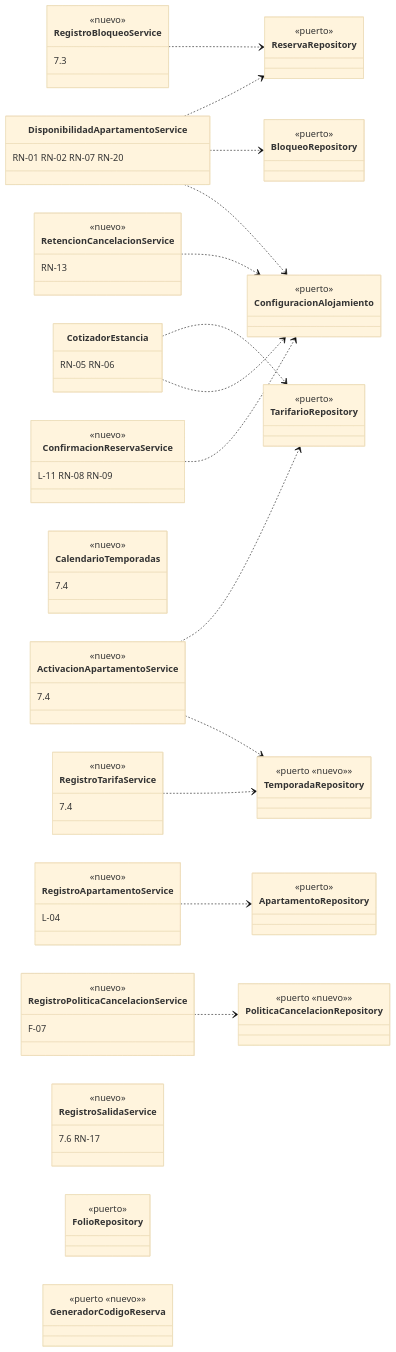
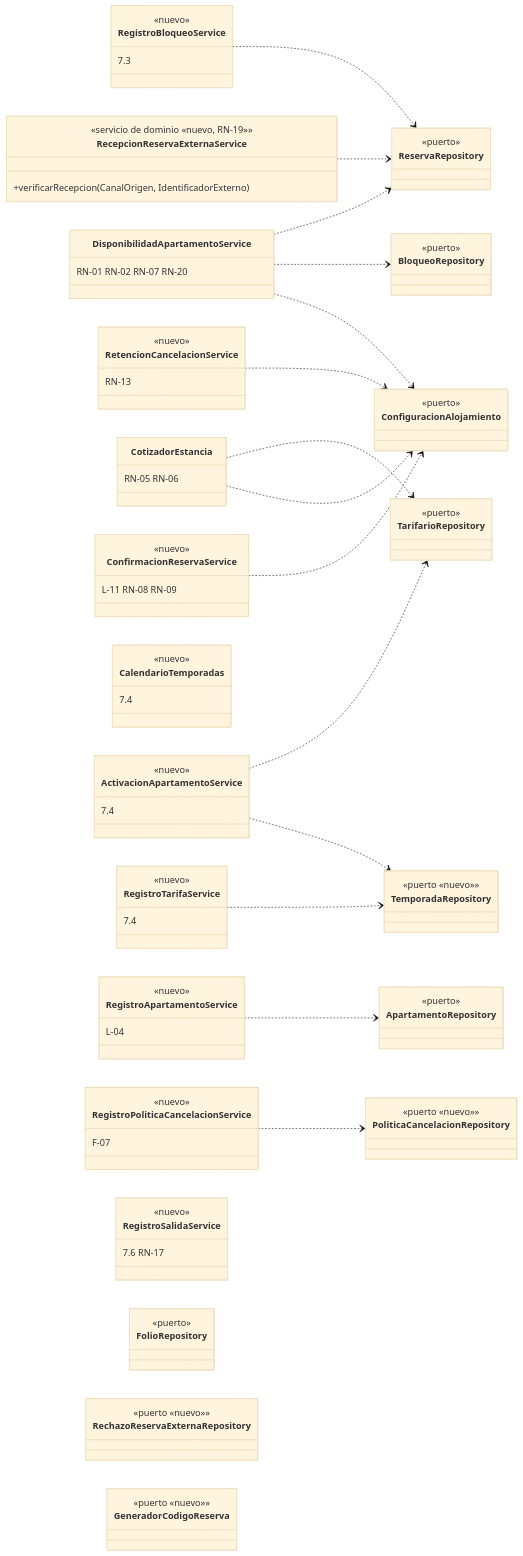
One commit to estiven322M/sga-hospeda changed the second of 2 diagrams in docs/diagrama-clases-dominio.md. Above: the diagram before and after it, drawn with Mermaid (base theme). The commit also changed other lines of this file and 3 other files, not shown here.

Commit message:
docs: RN-18 y RN-19 en la matriz, el diagrama, el contrato de persistencia y la colección .http (3.26 a 3.32)

````diff
--- a/docs/diagrama-clases-dominio.md
+++ b/docs/diagrama-clases-dominio.md
@@ -221,71 +243,78 @@
 ```mermaid
 classDiagram
     direction LR
 
     class DisponibilidadApartamentoService {
         RN-01 RN-02 RN-07 RN-20
     }
     class CotizadorEstancia {
         RN-05 RN-06
     }
     class RetencionCancelacionService {
         <<nuevo>>
         RN-13
     }
     class ConfirmacionReservaService {
         <<nuevo>>
         L-11 RN-08 RN-09
     }
+    class RecepcionReservaExternaService {
+        <<servicio de dominio «nuevo, RN-19»>>
+        +verificarRecepcion(CanalOrigen, IdentificadorExterno)
+    }
+
     class RegistroBloqueoService {
         <<nuevo>>
         7.3
     }
     class CalendarioTemporadas {
         <<nuevo>>
         7.4
     }
     class ActivacionApartamentoService {
         <<nuevo>>
         7.4
     }
     class RegistroApartamentoService {
         <<nuevo>>
         L-04
     }
     class RegistroPoliticaCancelacionService {
         <<nuevo>>
         F-07
     }
     class RegistroTarifaService {
         <<nuevo>>
         7.4
     }
     class RegistroSalidaService {
         <<nuevo>>
         7.6 RN-17
     }
 
     class ReservaRepository { <<puerto>> }
     class ApartamentoRepository { <<puerto>> }
     class FolioRepository { <<puerto>> }
     class BloqueoRepository { <<puerto>> }
+    class RechazoReservaExternaRepository { <<puerto «nuevo»>> }
     class TarifarioRepository { <<puerto>> }
     class TemporadaRepository { <<puerto «nuevo»>> }
     class PoliticaCancelacionRepository { <<puerto «nuevo»>> }
     class GeneradorCodigoReserva { <<puerto «nuevo»>> }
     class ConfiguracionAlojamiento { <<puerto>> }
 
     DisponibilidadApartamentoService ..> ReservaRepository
     DisponibilidadApartamentoService ..> BloqueoRepository
     DisponibilidadApartamentoService ..> ConfiguracionAlojamiento
     CotizadorEstancia ..> TarifarioRepository
     CotizadorEstancia ..> ConfiguracionAlojamiento
     RetencionCancelacionService ..> ConfiguracionAlojamiento
     ConfirmacionReservaService ..> ConfiguracionAlojamiento
     RegistroBloqueoService ..> ReservaRepository
+    RecepcionReservaExternaService ..> ReservaRepository
     ActivacionApartamentoService ..> TarifarioRepository
     ActivacionApartamentoService ..> TemporadaRepository
     RegistroApartamentoService ..> ApartamentoRepository
     RegistroPoliticaCancelacionService ..> PoliticaCancelacionRepository
     RegistroTarifaService ..> TemporadaRepository
 ```
````
